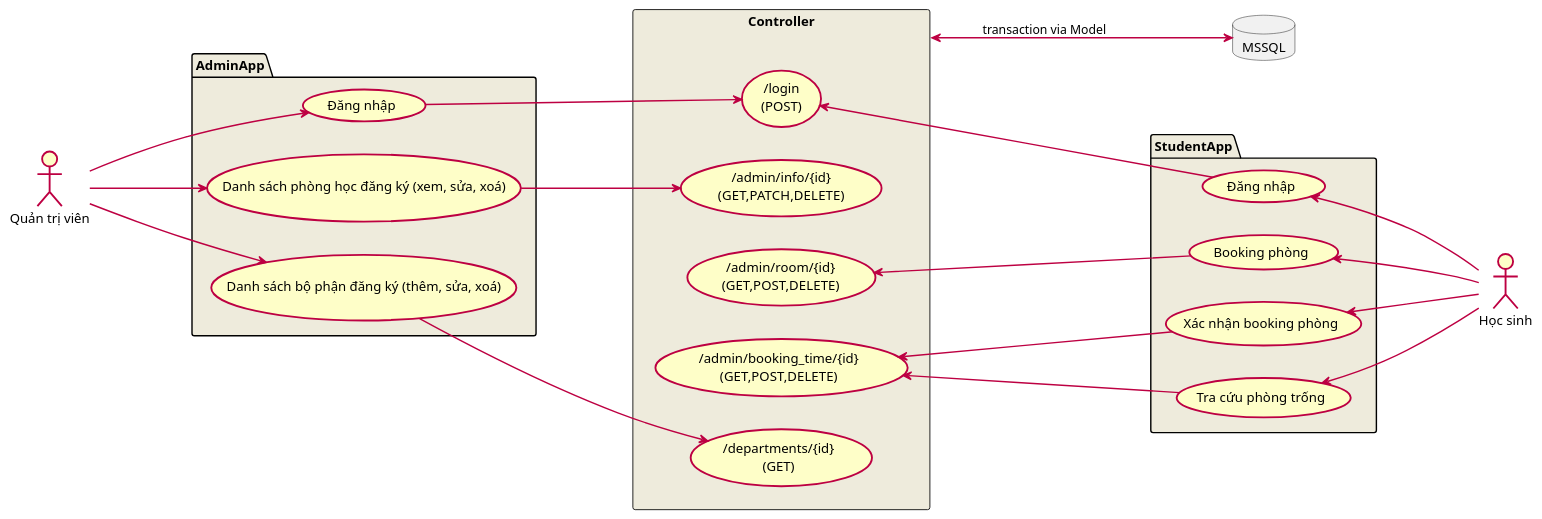
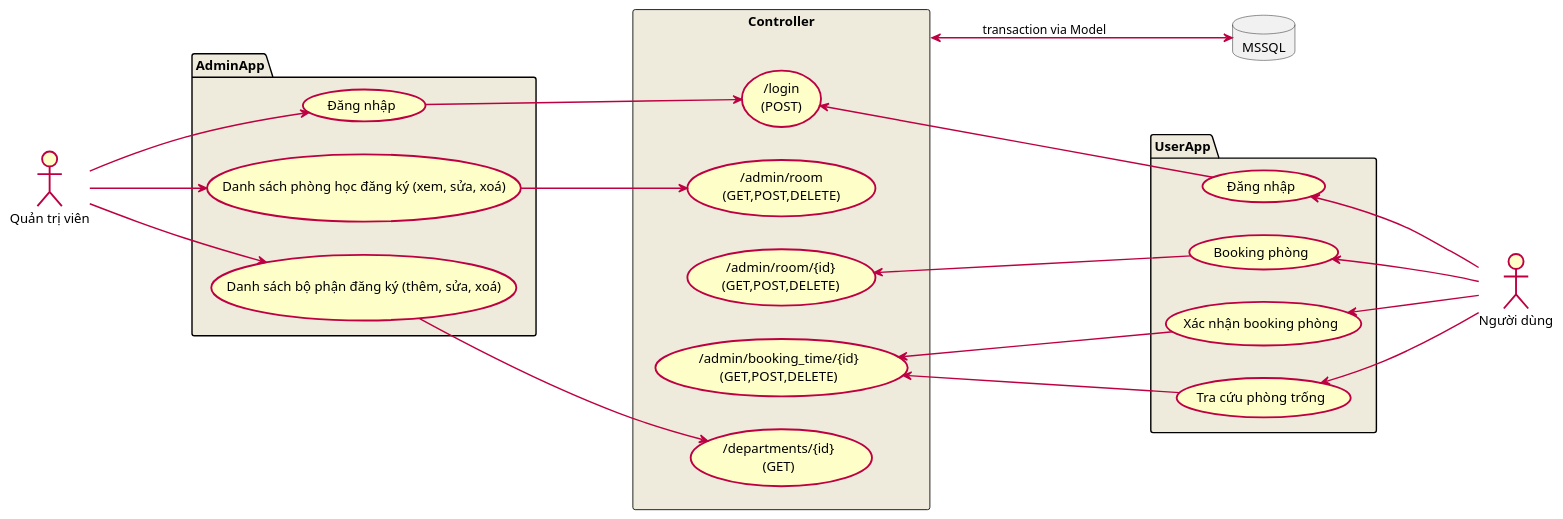
The diagram in assets/UML.puml (ashleynguyen07/f-booking), drawn with PlantUML before and after one commit.

Commit message:
change transfer data

```diff
--- a/assets/UML.puml
+++ b/assets/UML.puml
@@ -1,77 +1,76 @@
 @startuml Project Java Fullstack - F-Booking
 
 skinparam ParticipantPadding 50
 skinparam BoxPadding 10
 left to right direction
 
 skinparam actor {
   backgroundColor #FEFEC8
   borderColor #BD0042
   borderThickness 2
 }
 skinparam usecase {
   backgroundColor #FEFEC8
   borderColor #BD0042
 }
 skinparam package {
   backgroundColor #EEEBDC
 }
 
 skinparam ArrowColor BD0042
 skinparam ArrowThickness 1.5
 skinparam UsecaseBorderThickness 2
 skinparam PersonBorderThickness 2
 ' skinparam ArrowFontSize 10
 ' skinparam ActorFontSize 10
 ' skinparam UsecaseFontSize 10
 package AdminApp{
   usecase "Đăng nhập" as UC_LoginAdmin
   usecase "Danh sách phòng học đăng ký (xem, sửa, xoá)" as UC_RoomAdmin
   usecase "Danh sách bộ phận đăng ký (thêm, sửa, xoá)" as UC_DepartmentsAdmin
 }
 actor "Quản trị viên" as Admin
 'actor "Hệ thống" as System
 Admin ---> UC_LoginAdmin
 Admin ---> UC_RoomAdmin
 Admin ---> UC_DepartmentsAdmin
 
 rectangle Controller{
-  usecase "/student/\n(GET,POST)" as Rest_Admin
-  usecase "/admin/info/{id}\n(GET,PATCH,DELETE)" as Rest_Admin
+ ' usecase "/student/\n(GET,POST)" as Rest_Admin
+ 'usecase "/admin/room/{id}\n(GET,PATCH,DELETE)" as Rest_Admin
   usecase "/admin/room\n(GET,POST,DELETE)" as Rest_RoomAdmin
-  usecase "/admin/room/{id}\n(GET,POST,DELETE)" as Rest_RoomAdmin
+  usecase "/admin/room/{id}\n(GET,POST,DELETE)" as Rest_Admin
   usecase "/admin/booking_time\n(GET,POST,DELETE)" as Rest_BookingTimeAdmin
   usecase "/admin/booking_time/{id}\n(GET,POST,DELETE)" as Rest_BookingTimeAdmin
   usecase "/departments\n(GET,POST,PATCH,DELETE)" as Rest_DepartmentAdmin
   usecase "/login\n(POST)" as Rest_LoginAdmin
   usecase "/departments/{id}\n(GET)" as Rest_DepartmentAdmin
 }
 UC_LoginAdmin -> Rest_LoginAdmin
-UC_RoomAdmin ---> Rest_Admin
+UC_RoomAdmin ---> Rest_RoomAdmin
 UC_DepartmentsAdmin ---> Rest_DepartmentAdmin
 
 database MSSQL
 Controller <---> MSSQL : transaction via Model
 
 
-package StudentApp {
+package UserApp {
   usecase "Đăng nhập" as UC_LoginStudent
   usecase "Tra cứu phòng trống" as UC_RoomStudent
   usecase "Booking phòng" as UC_BookingStudent
   usecase "Xác nhận booking phòng" as UC_CheckBookingStudent
 }
-actor "Học sinh" as Student
+actor "Người dùng" as Student
 'actor "Admin" as Admin
 UC_LoginStudent <--- Student
 UC_RoomStudent <--- Student
 UC_BookingStudent <--- Student
 UC_CheckBookingStudent <--- Student
 
 
 Rest_LoginAdmin <--- UC_LoginStudent
-Rest_RoomAdmin <--- UC_BookingStudent
+Rest_Admin <--- UC_BookingStudent
 Rest_BookingTimeAdmin <--- UC_CheckBookingStudent
 Rest_BookingTimeAdmin <--- UC_RoomStudent
 
-
 @enduml
```
